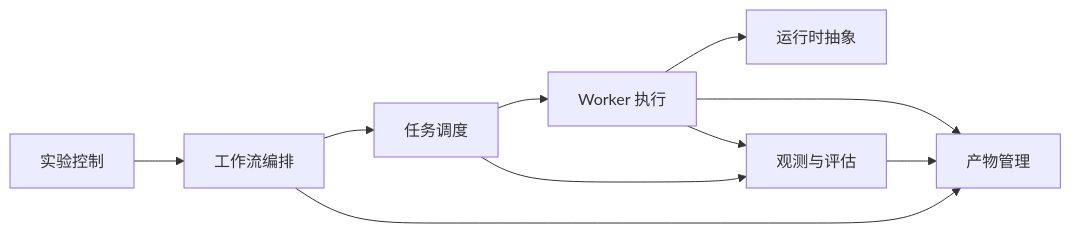
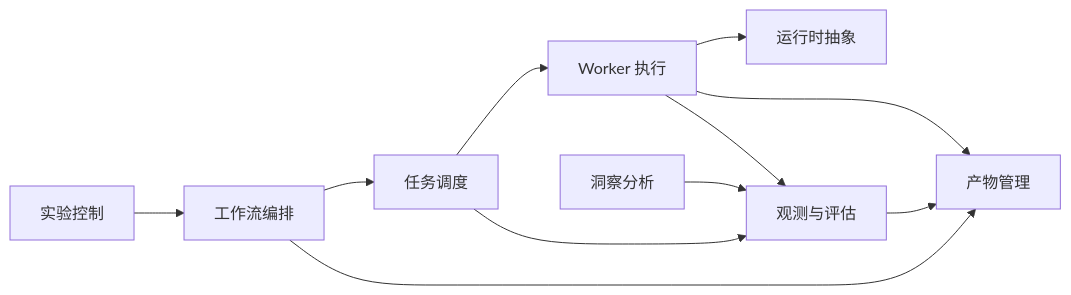
Before and after one commit to YoungerYang-Y/ai-sdlc-platform: the diagram in docs/DOMAINS.md, drawn with Mermaid. The commit also changed other lines of this file and 7 other files, not shown here.

````diff
--- a/docs/DOMAINS.md
+++ b/docs/DOMAINS.md
@@ -23,12 +24,13 @@
 ```mermaid
 flowchart LR
   Orchestrator["工作流编排"] --> Scheduler["任务调度"]
   Orchestrator --> Artifact["产物管理"]
   Experiment["实验控制"] --> Orchestrator
   Scheduler --> Workers["Worker 执行"]
   Scheduler --> Observability["观测与评估"]
   Workers --> Runtime["运行时抽象"]
   Workers --> Artifact
   Workers --> Observability
   Observability --> Artifact
+  Insights["洞察分析"] --> Observability
 ```
````
